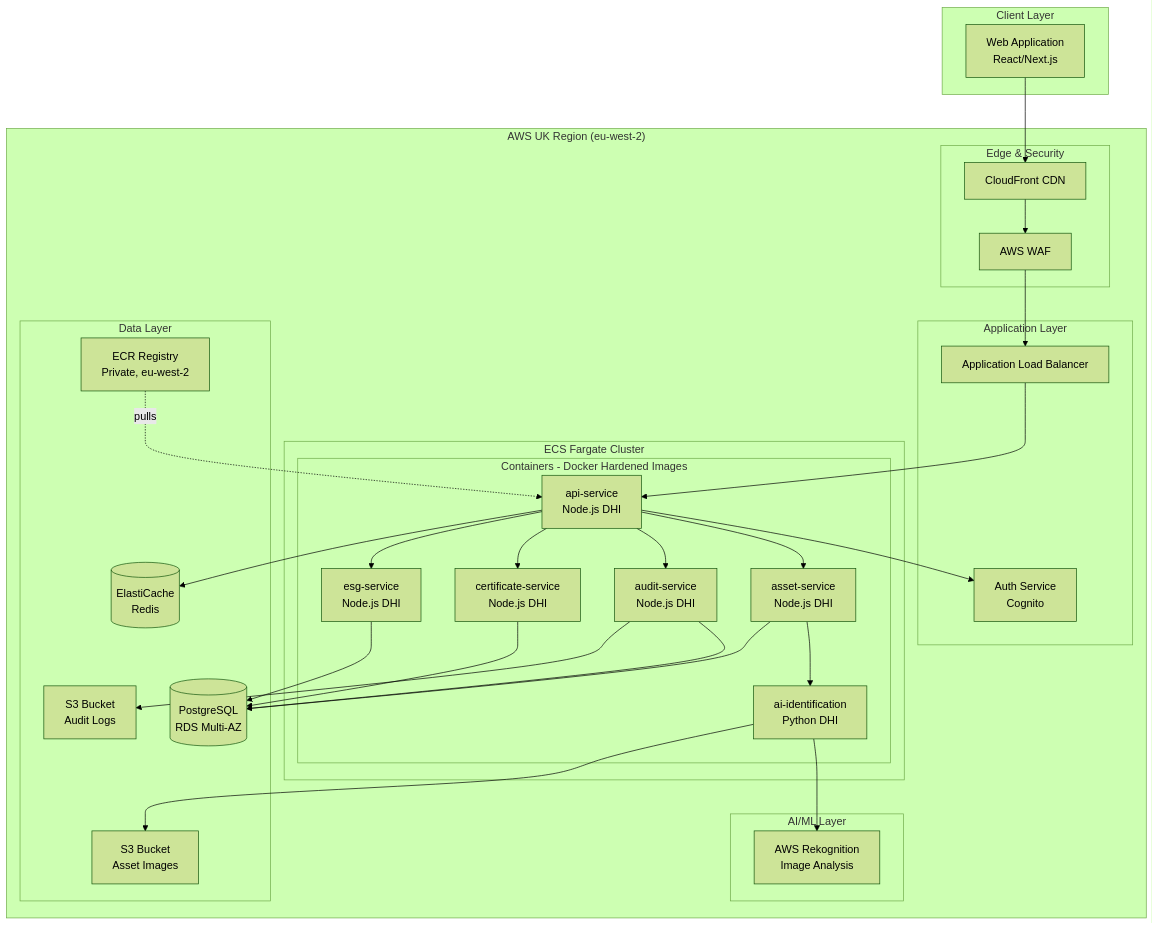
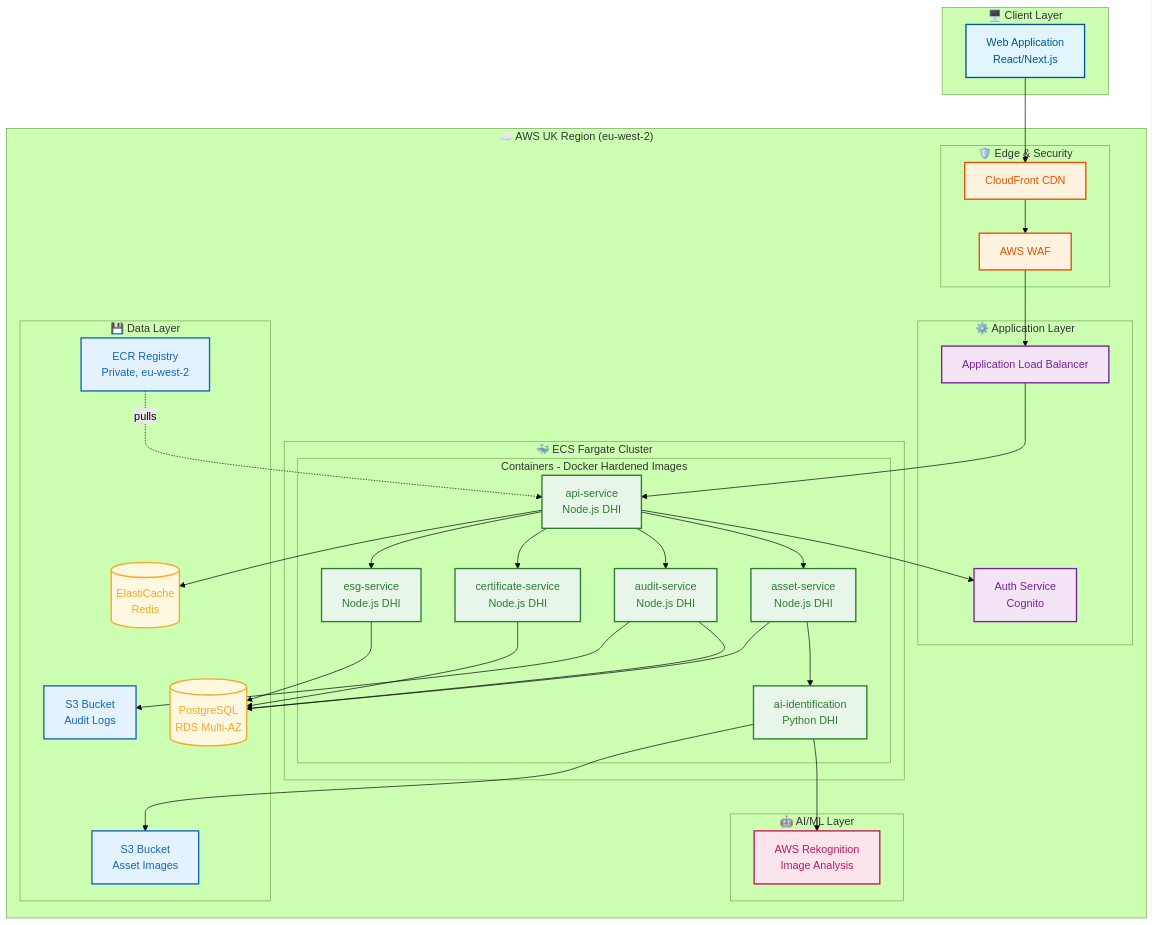
The first of 3 diagrams in docs/01-system-architecture/README.md (nugehs/ai-reclaim-m0), drawn with Mermaid (forest theme) before and after one commit. The commit also changed other lines of this file and 12 other files, not shown here.

````diff
--- a/docs/01-system-architecture/README.md
+++ b/docs/01-system-architecture/README.md
@@ -96,61 +96,78 @@
 ```mermaid
 graph TB
-    subgraph "Client Layer"
+    subgraph CLIENT["🖥️ Client Layer"]
         WEB[Web Application<br/>React/Next.js]
     end
 
-    subgraph "AWS UK Region (eu-west-2)"
-        subgraph "Edge & Security"
+    subgraph AWS["☁️ AWS UK Region (eu-west-2)"]
+        subgraph EDGE["🛡️ Edge & Security"]
             CF[CloudFront CDN]
             WAF[AWS WAF]
         end
 
-        subgraph "Application Layer"
+        subgraph APP["⚙️ Application Layer"]
             ALB[Application Load Balancer]
             AUTH[Auth Service<br/>Cognito]
         end
 
-        subgraph "ECS Fargate Cluster"
-            subgraph "Containers - Docker Hardened Images"
+        subgraph ECS["🐳 ECS Fargate Cluster"]
+            subgraph CONTAINERS["Containers - Docker Hardened Images"]
                 API[api-service<br/>Node.js DHI]
                 ASSET[asset-service<br/>Node.js DHI]
                 AUDIT[audit-service<br/>Node.js DHI]
                 CERT[certificate-service<br/>Node.js DHI]
                 ESG[esg-service<br/>Node.js DHI]
                 AIID[ai-identification<br/>Python DHI]
             end
         end
 
-        subgraph "AI/ML Layer"
+        subgraph AIML["🤖 AI/ML Layer"]
             REKOGNITION[AWS Rekognition<br/>Image Analysis]
         end
 
-        subgraph "Data Layer"
+        subgraph DATA["💾 Data Layer"]
             ECR[ECR Registry<br/>Private, eu-west-2]
             RDS[(PostgreSQL<br/>RDS Multi-AZ)]
             REDIS[(ElastiCache<br/>Redis)]
             S3[S3 Bucket<br/>Asset Images]
             S3AUDIT[S3 Bucket<br/>Audit Logs]
         end
     end
 
     WEB --> CF
     CF --> WAF
     WAF --> ALB
     ALB --> API
     API --> AUTH
     API --> ASSET
     API --> AUDIT
     API --> CERT
     API --> ESG
     ASSET --> AIID
     AIID --> REKOGNITION
     AIID --> S3
     ASSET --> RDS
     AUDIT --> RDS
     AUDIT --> S3AUDIT
     CERT --> RDS
     ESG --> RDS
     API --> REDIS
     ECR -.->|pulls| API
+
+    %% Styling
+    classDef clientStyle fill:#e1f5fe,stroke:#01579b,stroke-width:2px,color:#01579b
+    classDef edgeStyle fill:#fff3e0,stroke:#e65100,stroke-width:2px,color:#e65100
+    classDef appStyle fill:#f3e5f5,stroke:#7b1fa2,stroke-width:2px,color:#7b1fa2
+    classDef containerStyle fill:#e8f5e9,stroke:#2e7d32,stroke-width:2px,color:#2e7d32
+    classDef aiStyle fill:#fce4ec,stroke:#c2185b,stroke-width:2px,color:#c2185b
+    classDef dataStyle fill:#e3f2fd,stroke:#1565c0,stroke-width:2px,color:#1565c0
+    classDef dbStyle fill:#fff8e1,stroke:#f9a825,stroke-width:2px,color:#f9a825
+
+    class WEB clientStyle
+    class CF,WAF edgeStyle
+    class ALB,AUTH appStyle
+    class API,ASSET,AUDIT,CERT,ESG,AIID containerStyle
+    class REKOGNITION aiStyle
+    class ECR,S3,S3AUDIT dataStyle
+    class RDS,REDIS dbStyle
 ```
````
